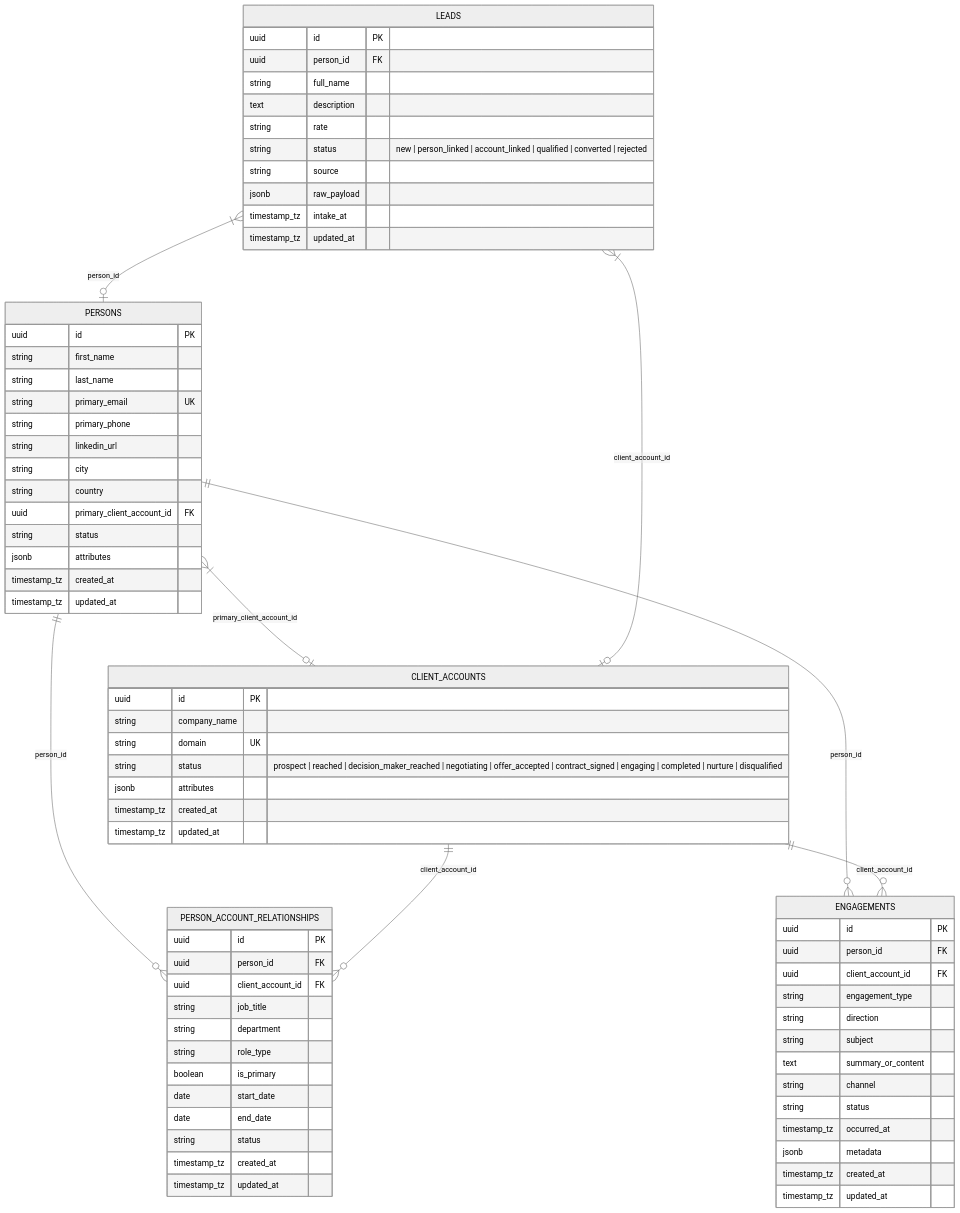
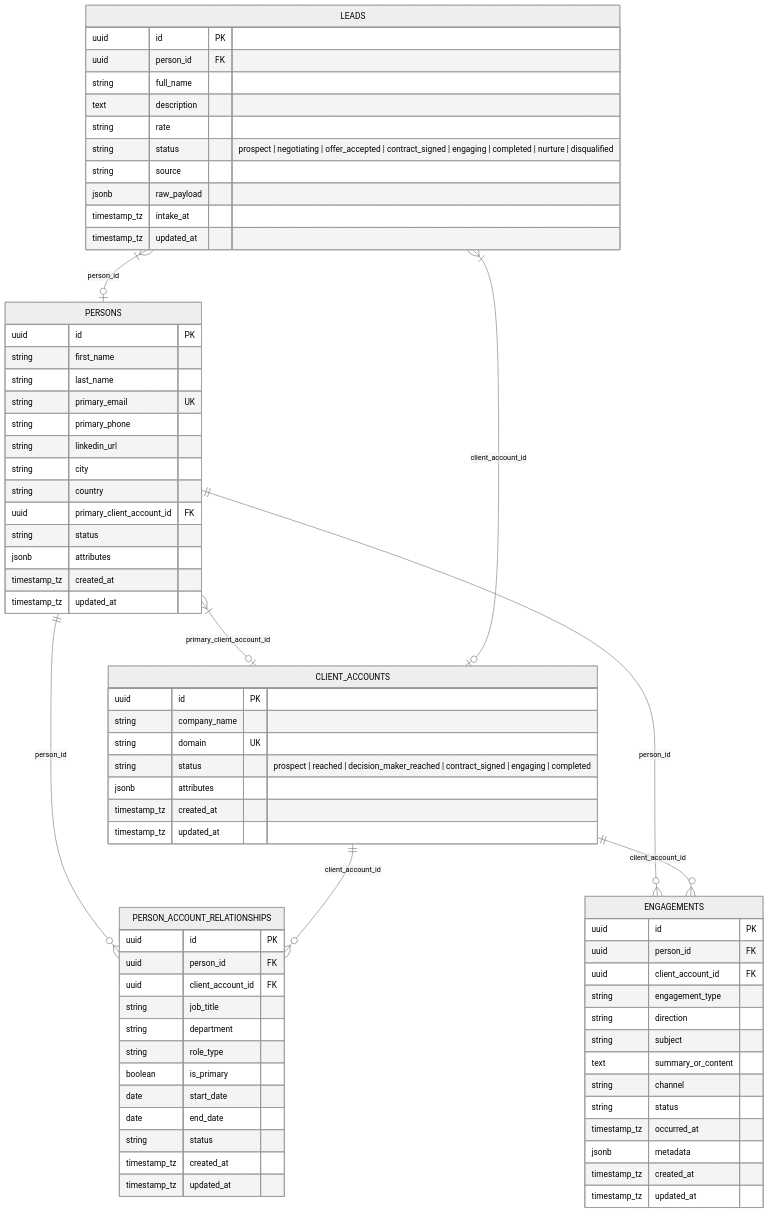
Before and after one commit to Data-Biz-AI-Consultancy/Jager: the diagram in src/db/README.md, drawn with Mermaid (neutral theme). The commit also changed other lines of this file and 5 other files, not shown here.

Commit message:
refactor: formalize client account and lead status lifecycles across schema definitions and pipeline ingestion

````diff
--- a/src/db/README.md
+++ b/src/db/README.md
@@ -9,80 +11,80 @@
 ```mermaid
 erDiagram
     CLIENT_ACCOUNTS {
         uuid id PK
         string company_name
         string domain UK
-        string status "prospect | reached | decision_maker_reached | negotiating | offer_accepted | contract_signed | engaging | completed | nurture | disqualified"
+        string status "prospect | reached | decision_maker_reached | contract_signed | engaging | completed"
         jsonb attributes
         timestamp_tz created_at
         timestamp_tz updated_at
     }
 
     PERSONS {
         uuid id PK
         string first_name
         string last_name
         string primary_email UK
         string primary_phone
         string linkedin_url
         string city
         string country
         uuid primary_client_account_id FK
         string status
         jsonb attributes
         timestamp_tz created_at
         timestamp_tz updated_at
     }
 
     LEADS {
         uuid id PK
         uuid person_id FK
         string full_name
         text description
         string rate
-        string status "new | person_linked | account_linked | qualified | converted | rejected"
+        string status "prospect | negotiating | offer_accepted | contract_signed | engaging | completed | nurture | disqualified"
         string source
         jsonb raw_payload
         timestamp_tz intake_at
         timestamp_tz updated_at
     }
 
     PERSON_ACCOUNT_RELATIONSHIPS {
         uuid id PK
         uuid person_id FK
         uuid client_account_id FK
         string job_title
         string department
         string role_type
         boolean is_primary
         date start_date
         date end_date
         string status
         timestamp_tz created_at
         timestamp_tz updated_at
     }
 
     ENGAGEMENTS {
         uuid id PK
         uuid person_id FK
         uuid client_account_id FK
         string engagement_type
         string direction
         string subject
         text summary_or_content
         string channel
         string status
         timestamp_tz occurred_at
         jsonb metadata
         timestamp_tz created_at
         timestamp_tz updated_at
     }
 
     PERSONS }|--o| CLIENT_ACCOUNTS : "primary_client_account_id"
     LEADS }|--o| PERSONS : "person_id"
     LEADS }|--o| CLIENT_ACCOUNTS : "client_account_id"
     PERSONS ||--o{ PERSON_ACCOUNT_RELATIONSHIPS : "person_id"
     CLIENT_ACCOUNTS ||--o{ PERSON_ACCOUNT_RELATIONSHIPS : "client_account_id"
     PERSONS ||--o{ ENGAGEMENTS : "person_id"
     CLIENT_ACCOUNTS ||--o{ ENGAGEMENTS : "client_account_id"
 ```
````
